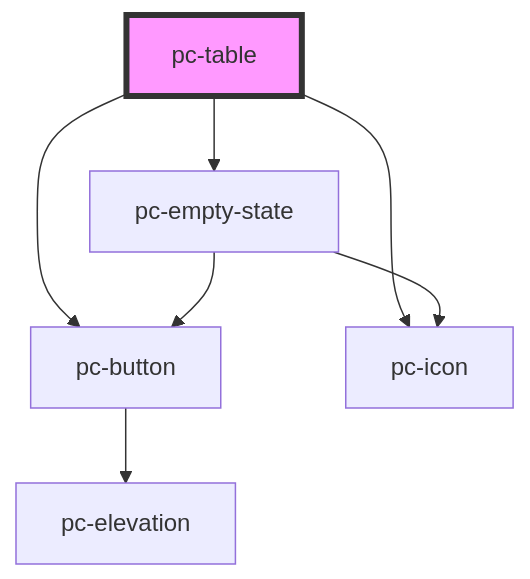
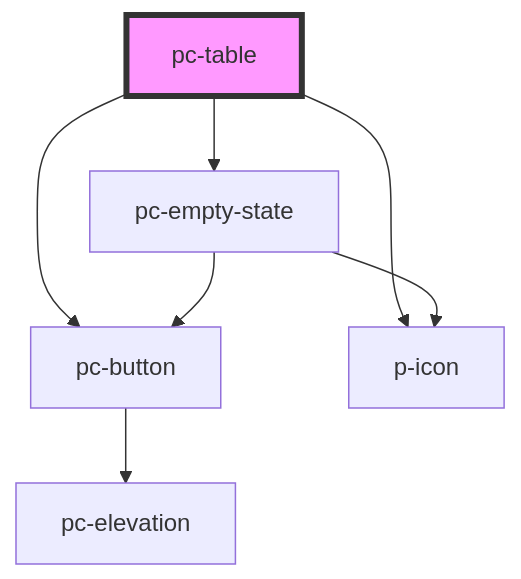
Before and after one commit to redvars/peacock: the diagram in src/components/table/readme.md, drawn with Mermaid. The commit also changed other lines of this file and 94 other files, not shown here.

````diff
--- a/src/components/table/readme.md
+++ b/src/components/table/readme.md
@@ -49,10 +49,10 @@
 ```mermaid
 graph TD;
   pc-table --> pc-button
-  pc-table --> pc-icon
+  pc-table --> p-icon
   pc-table --> pc-empty-state
   pc-button --> pc-elevation
-  pc-empty-state --> pc-icon
+  pc-empty-state --> p-icon
   pc-empty-state --> pc-button
   style pc-table fill:#f9f,stroke:#333,stroke-width:4px
 ```
````
